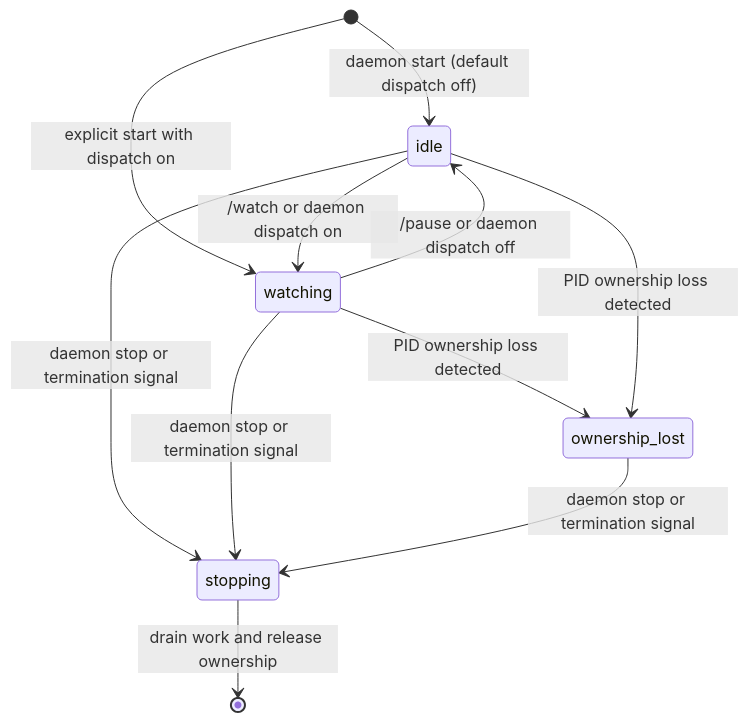
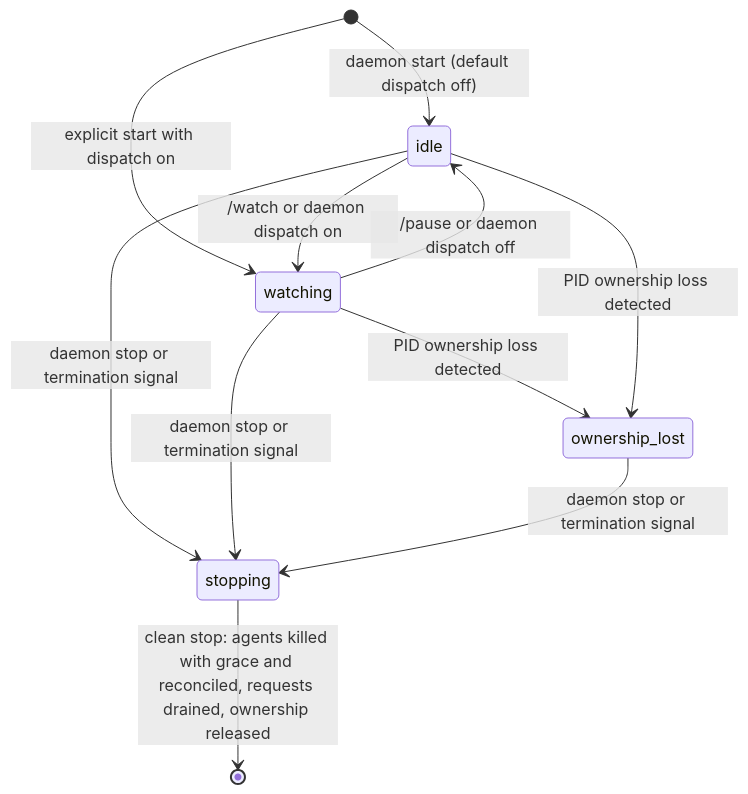
One commit to yuxhuang/r-orch changed the tenth of 11 diagrams in docs/internal/orchestration.md. Above: the diagram before and after it, drawn with Mermaid. The commit also changed other lines of this file and 3 other files, not shown here.

First line of the commit message:
docs(architecture): qualify daemon ownership and recovery limits

````diff
--- a/docs/internal/orchestration.md
+++ b/docs/internal/orchestration.md
@@ -952,13 +957,13 @@
 ```mermaid
 stateDiagram-v2
     [*] --> idle : daemon start (default dispatch off)
     [*] --> watching : explicit start with dispatch on
     idle --> watching : /watch or daemon dispatch on
     watching --> idle : /pause or daemon dispatch off
     watching --> ownership_lost : PID ownership loss detected
     idle --> ownership_lost : PID ownership loss detected
     idle --> stopping : daemon stop or termination signal
     watching --> stopping : daemon stop or termination signal
     ownership_lost --> stopping : daemon stop or termination signal
-    stopping --> [*] : drain work and release ownership
+    stopping --> [*] : clean stop: agents killed with grace and reconciled, requests drained, ownership released
 ```
````
